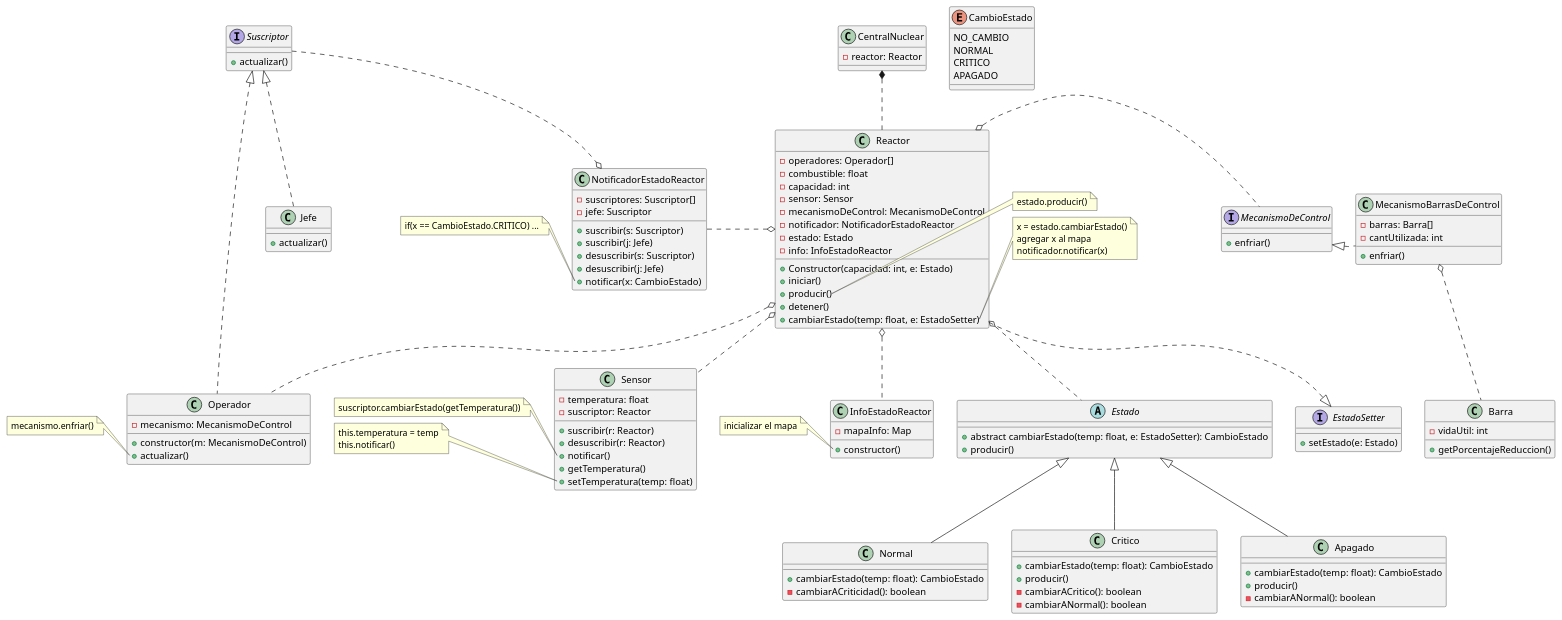
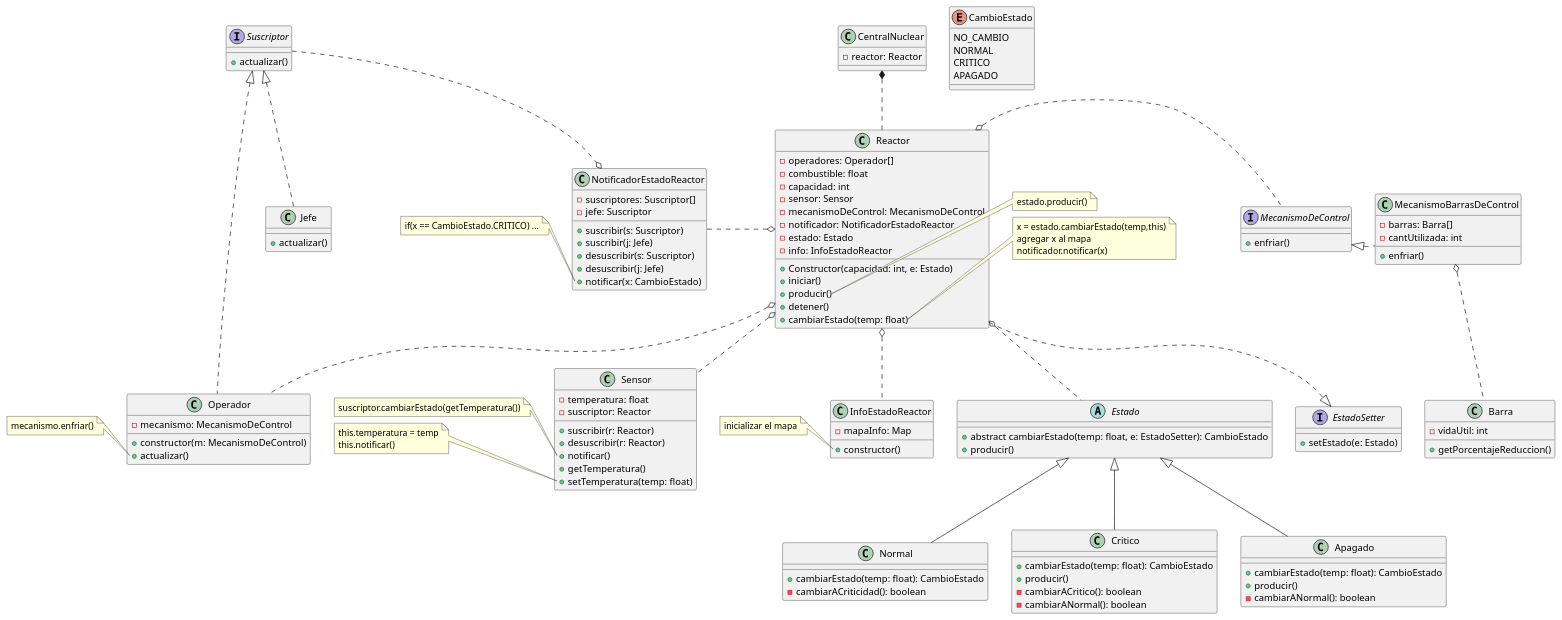
The diagram in diagrams/central.puml (Danehue/reactor-nuclear), drawn with PlantUML before and after one commit. The commit also changed 13 other files, not shown here.

```diff
--- a/diagrams/central.puml
+++ b/diagrams/central.puml
@@ -1,154 +1,154 @@
 @startuml
 
 class CentralNuclear {
     - reactor: Reactor
 }
 
 class Reactor {
     - operadores: Operador[]
     - combustible: float
     - capacidad: int
     - sensor: Sensor
     - mecanismoDeControl: MecanismoDeControl
     - notificador: NotificadorEstadoReactor
     - estado: Estado
     - info: InfoEstadoReactor
     + Constructor(capacidad: int, e: Estado)
     + iniciar()
     + producir()
     + detener()
-    + cambiarEstado(temp: float, e: EstadoSetter)
+    + cambiarEstado(temp: float)
 }
 
 class Sensor {
     - temperatura: float
     - suscriptor: Reactor
     + suscribir(r: Reactor)
     + desuscribir(r: Reactor)
     + notificar()
     + getTemperatura()
     + setTemperatura(temp: float)
 }
 
 
 interface MecanismoDeControl {
     + enfriar()
 }
 
 class MecanismoBarrasDeControl implements MecanismoDeControl {
     - barras: Barra[]
     - cantUtilizada: int
     + enfriar()
 }
 class Barra {
     - vidaUtil: int
     + getPorcentajeReduccion()
 }
 
 
 class NotificadorEstadoReactor {
     - suscriptores: Suscriptor[]
     - jefe: Suscriptor
 
     + suscribir(s: Suscriptor)
     + suscribir(j: Jefe)
     + desuscribir(s: Suscriptor)
     + desuscribir(j: Jefe)
     + notificar(x: CambioEstado)
 }
 
 interface Suscriptor {
     + actualizar()
 }
 
 class Operador implements Suscriptor {
     - mecanismo: MecanismoDeControl
     + constructor(m: MecanismoDeControl)
     + actualizar()
 }
 
 class Jefe implements Suscriptor{
     + actualizar()
 }
 
 abstract Estado {
     + abstract cambiarEstado(temp: float, e: EstadoSetter): CambioEstado
     + producir()
 }
 
 interface EstadoSetter {
     + setEstado(e: Estado)
 }
 
 class Normal extends Estado{
     + cambiarEstado(temp: float): CambioEstado
     - cambiarACriticidad(): boolean
 }
 class Critico extends Estado{
     + cambiarEstado(temp: float): CambioEstado
     + producir()
     - cambiarACritico(): boolean
     - cambiarANormal(): boolean
 }
 class Apagado extends Estado{
     + cambiarEstado(temp: float): CambioEstado
     + producir()
     - cambiarANormal(): boolean
 }
 
 enum CambioEstado {
     NO_CAMBIO
     NORMAL
     CRITICO
     APAGADO
 }
 
 class InfoEstadoReactor {
     - mapaInfo: Map
     + constructor()
 }
 
 'Relaciones
 CentralNuclear *.. Reactor
 
 ' Reactor o.. Combustible
 Reactor o.. Sensor
 Reactor o.r. MecanismoDeControl
 Reactor o.l. NotificadorEstadoReactor
 Reactor o.. Estado
 Reactor o.. InfoEstadoReactor
 Reactor o.. Operador
 Reactor ..|> EstadoSetter
 
 NotificadorEstadoReactor o.u. Suscriptor
 MecanismoBarrasDeControl o.. Barra
 
 MecanismoBarrasDeControl o.r[hidden]. MecanismoDeControl
 Suscriptor o.u[hidden]. Operador
 
 Note right of Reactor::producir 
     estado.producir()
 end Note
 Note right of Reactor::cambiarEstado 
-    x = estado.cambiarEstado()
+    x = estado.cambiarEstado(temp,this)
     agregar x al mapa
     notificador.notificar(x)
 end Note
 Note left of Sensor::notificar 
     suscriptor.cambiarEstado(getTemperatura())
 end Note
 Note left of Sensor::setTemperatura 
     this.temperatura = temp
     this.notificar()
 end Note
 Note left of InfoEstadoReactor::constructor 
     inicializar el mapa
 end Note
 Note left of NotificadorEstadoReactor::notificar 
     if(x == CambioEstado.CRITICO) ...
 end Note
 Note left of Operador::actualizar 
     mecanismo.enfriar()
 end Note
 
 @enduml
```
